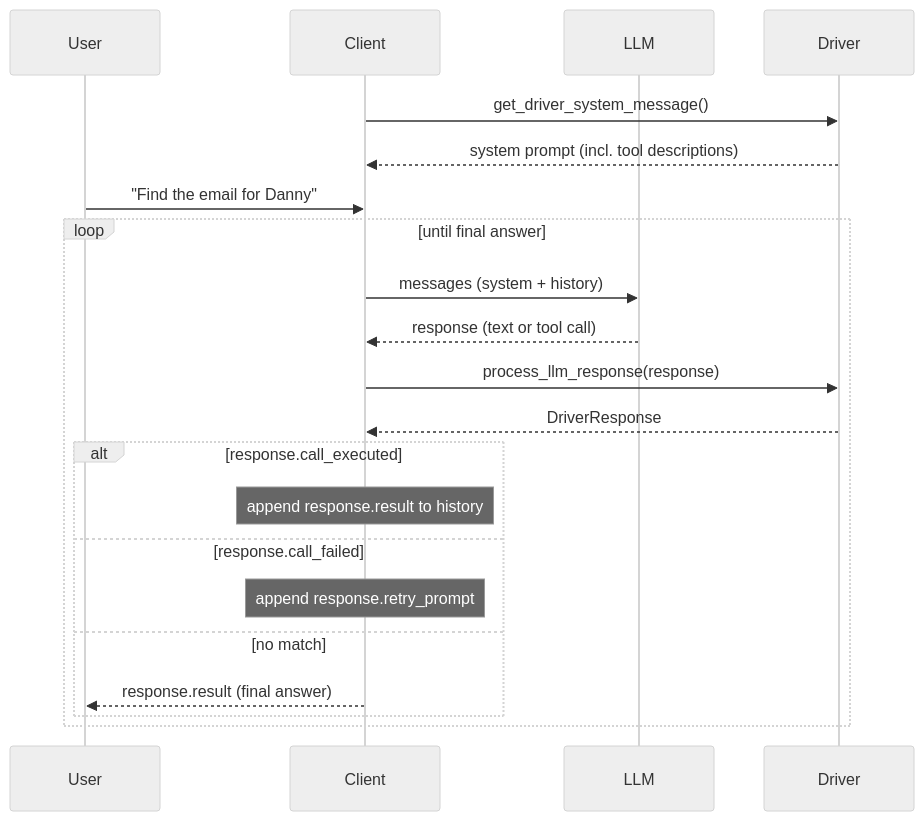
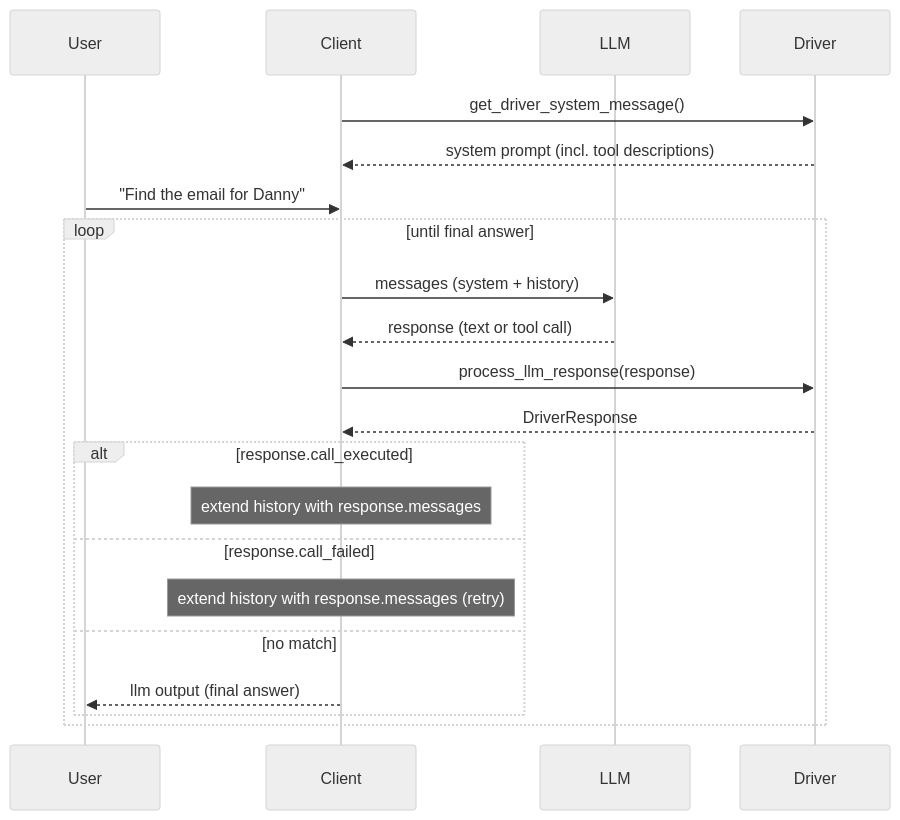
One commit to modelcontextstandard/docs changed the diagram in docs/Intro.md. Above: the diagram before and after it, drawn with Mermaid (neutral theme). The commit also changed 4 other files, not shown here.

````diff
--- a/docs/Intro.md
+++ b/docs/Intro.md
@@ -126,25 +126,25 @@
 ```mermaid
 sequenceDiagram
     participant User
     participant Client
     participant LLM
     participant Driver
 
     Client->>Driver: get_driver_system_message()
     Driver-->>Client: system prompt (incl. tool descriptions)
 
     User->>Client: "Find the email for Danny"
     loop until final answer
         Client->>LLM: messages (system + history)
         LLM-->>Client: response (text or tool call)
         Client->>Driver: process_llm_response(response)
         Driver-->>Client: DriverResponse
         alt response.call_executed
-            Note over Client: append response.result to history
+            Note over Client: extend history with response.messages
         else response.call_failed
-            Note over Client: append response.retry_prompt
+            Note over Client: extend history with response.messages (retry)
         else no match
-            Client-->>User: response.result (final answer)
+            Client-->>User: llm output (final answer)
         end
     end
 ```
````
